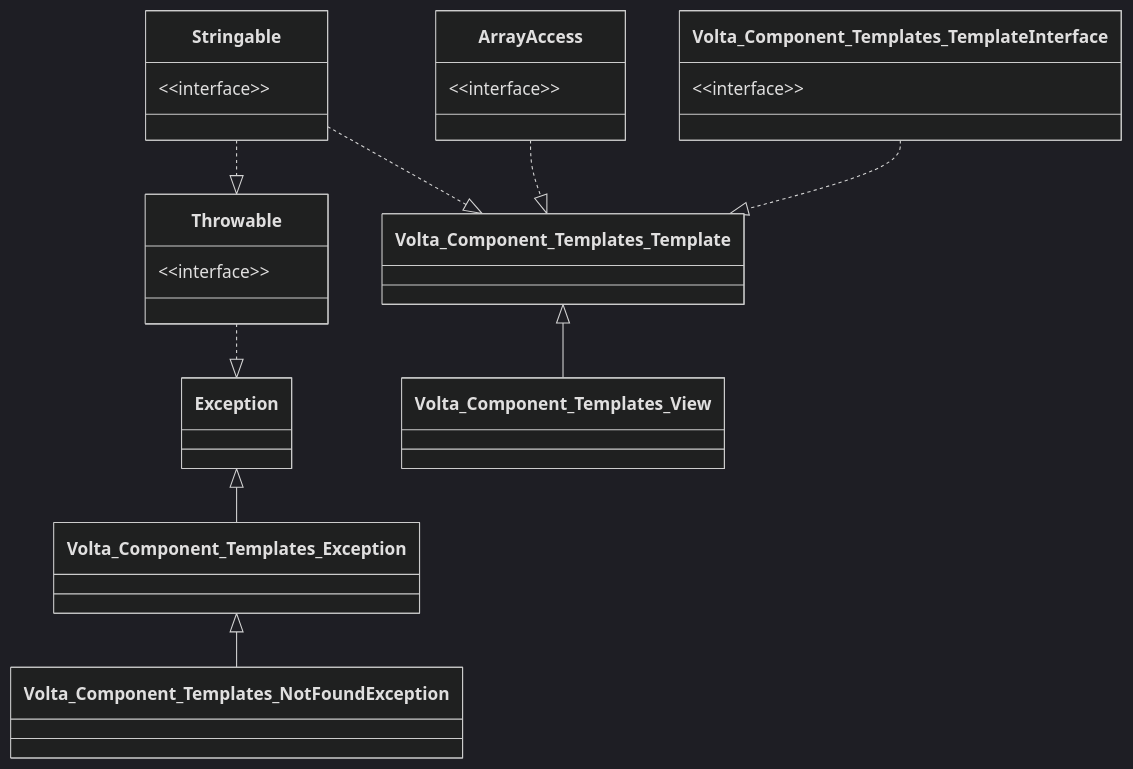
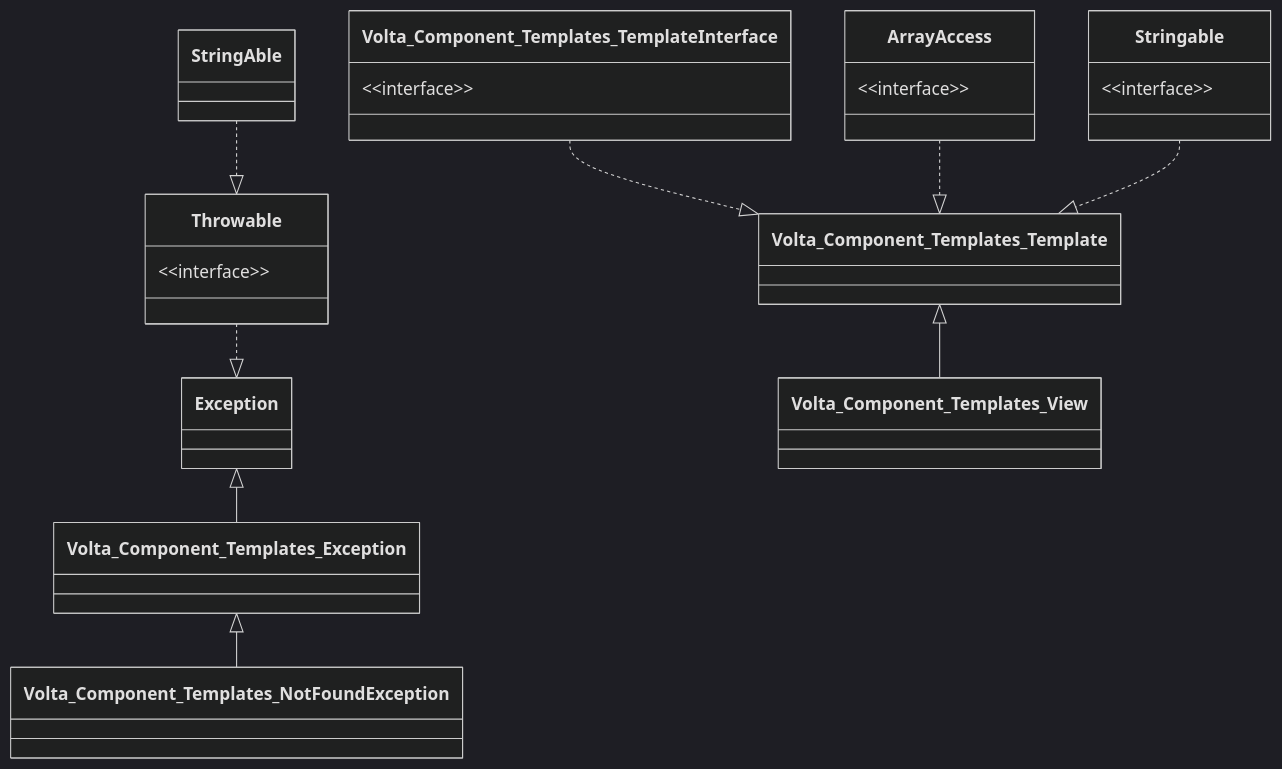
One commit to volta-framework/component-template changed the diagram in README.md. Above: the diagram before and after it, drawn with Mermaid. The commit also changed 10 other files, not shown here.

````diff
--- a/README.md
+++ b/README.md
@@ -5,36 +5,36 @@
 ```mermaid
 %%{init: {'theme':'dark'}}%%
 classDiagram
     class Volta_Component_Templates_Exception
     Exception<|--Volta_Component_Templates_Exception
     class Exception
     class Stringable {
          	&lt;&lt;interface&gt;&gt;
     }
     class Throwable {
          	&lt;&lt;interface&gt;&gt;
     }
-    Stringable..|>Throwable
+    StringAble..|>Throwable
     Throwable..|>Exception
     class Volta_Component_Templates_NotFoundException
     Volta_Component_Templates_Exception<|--Volta_Component_Templates_NotFoundException
     class Volta_Component_Templates_Template {        
     }
    
    
   
     class Volta_Component_Templates_TemplateInterface {
          	&lt;&lt;interface&gt;&gt;       
     }
    
     Volta_Component_Templates_TemplateInterface..|>Volta_Component_Templates_Template
     class ArrayAccess {
          	&lt;&lt;interface&gt;&gt;
     }
     ArrayAccess..|>Volta_Component_Templates_Template
     Stringable..|>Volta_Component_Templates_Template
     class Volta_Component_Templates_View {
       
     }
     Volta_Component_Templates_Template<|--Volta_Component_Templates_View
 ```
````
